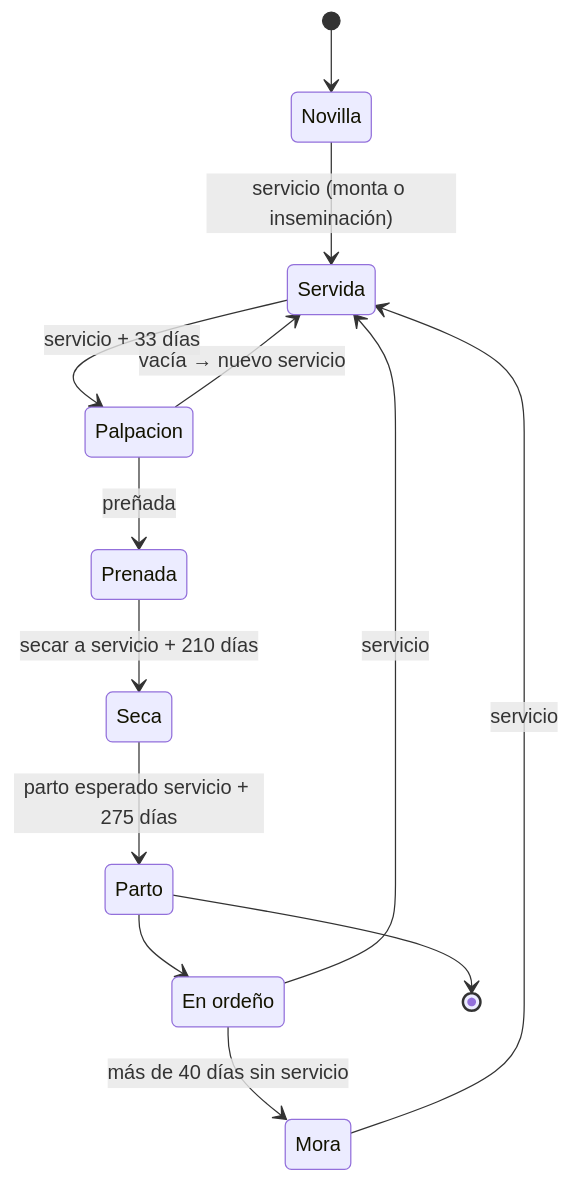
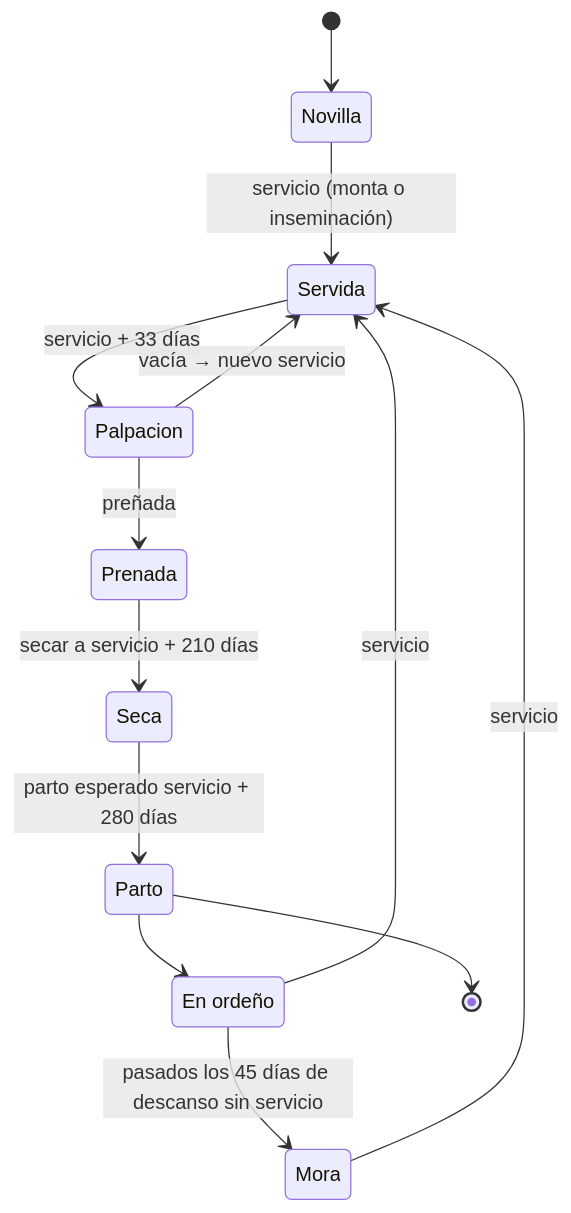
The sixth of 13 diagrams in README.md (davideliaspalacio/vacInfo), drawn with Mermaid before and after one commit. The commit also changed other lines of this file and 34 other files, not shown here.

````diff
--- a/README.md
+++ b/README.md
@@ -317,16 +317,16 @@
 ```mermaid
 stateDiagram-v2
     [*] --> Novilla
     Novilla --> Servida: servicio (monta o inseminación)
     EnOrdeno: En ordeño
     Parto --> EnOrdeno
     EnOrdeno --> Servida: servicio
-    EnOrdeno --> Mora: más de 40 días sin servicio
+    EnOrdeno --> Mora: pasados los 45 días de descanso sin servicio
     Mora --> Servida: servicio
     Servida --> Palpacion: servicio + 33 días
     Palpacion --> Prenada: preñada
     Palpacion --> Servida: vacía → nuevo servicio
     Prenada --> Seca: secar a servicio + 210 días
-    Seca --> Parto: parto esperado servicio + 275 días
+    Seca --> Parto: parto esperado servicio + 280 días
     Parto --> [*]
 ```
````
